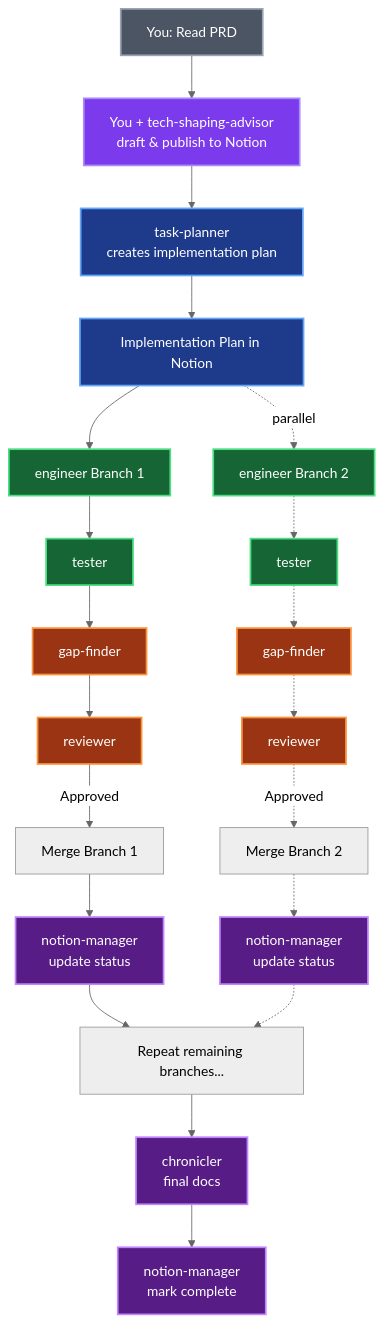
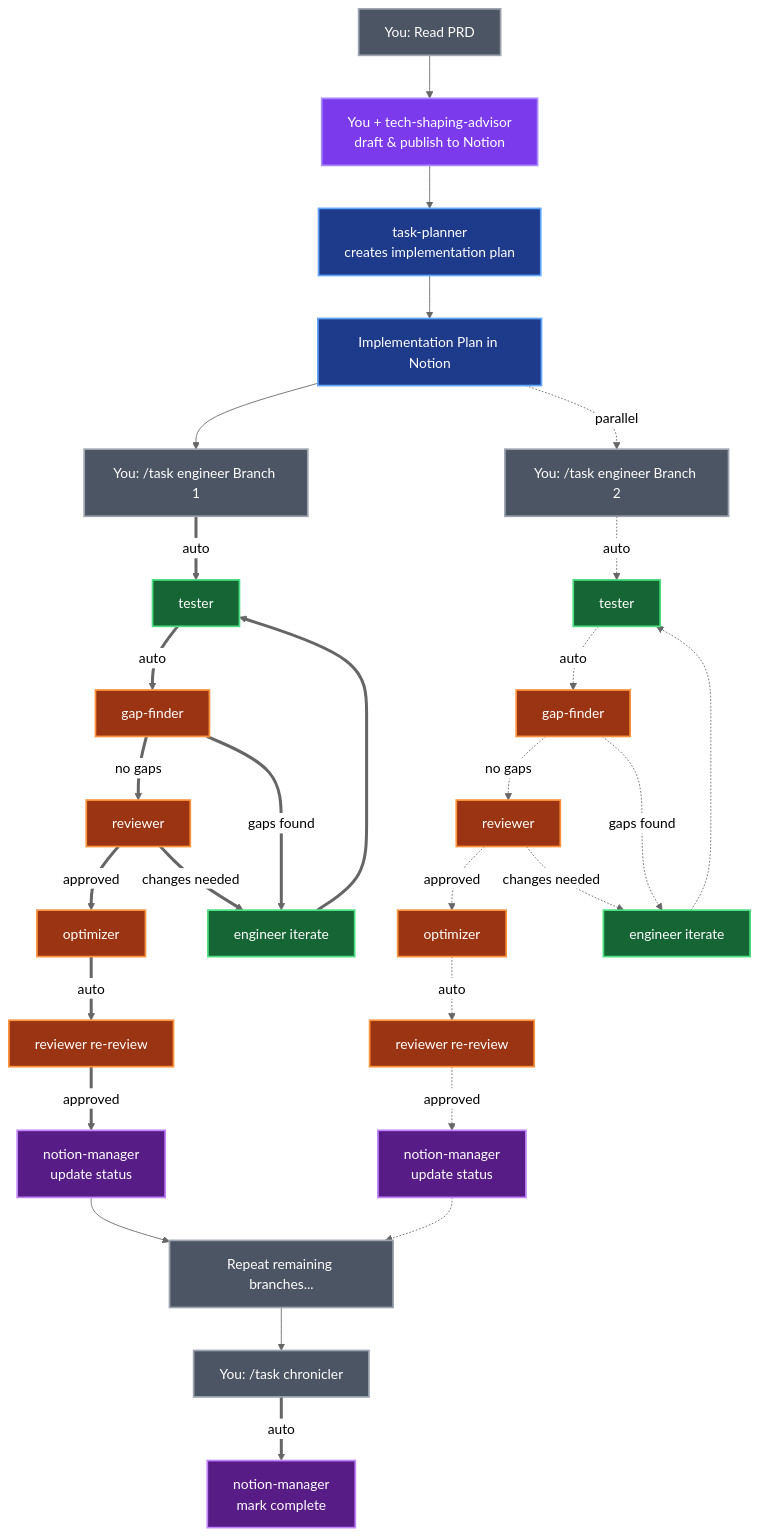
The diagram in README.md (andymai/claude-agent-team), drawn with Mermaid (neutral theme) before and after one commit. The commit also changed other lines of this file and 6 other files, not shown here.

````diff
--- a/README.md
+++ b/README.md
@@ -99,44 +99,56 @@
 ```mermaid
 graph TD
     A[You: Read PRD] --> B[You + tech-shaping-advisor<br/>draft & publish to Notion]
     B --> C[task-planner<br/>creates implementation plan]
     C --> D[Implementation Plan in Notion]
 
-    D --> E[engineer Branch 1]
-    D -.->|parallel| F[engineer Branch 2]
+    D --> E[You: /task engineer Branch 1]
+    D -.->|parallel| F[You: /task engineer Branch 2]
 
-    E --> G[tester]
-    F -.-> H[tester]
+    E ==>|auto| G[tester]
+    F -.->|auto| H[tester]
 
-    G --> I[gap-finder]
-    H -.-> J[gap-finder]
+    G ==>|auto| I[gap-finder]
+    H -.->|auto| J[gap-finder]
 
-    I --> K[reviewer]
-    J -.-> L[reviewer]
+    I ==>|no gaps| K[reviewer]
+    J -.->|no gaps| L[reviewer]
 
-    K -->|Approved| M[Merge Branch 1]
-    L -.->|Approved| N[Merge Branch 2]
+    I ==>|gaps found| M[engineer iterate]
+    J -.->|gaps found| N[engineer iterate]
 
-    M --> O[notion-manager<br/>update status]
-    N -.-> P[notion-manager<br/>update status]
+    M ==> G
+    N -.-> H
 
-    O --> Q[Repeat remaining branches...]
-    P -.-> Q
+    K ==>|approved| O[optimizer]
+    L -.->|approved| P[optimizer]
 
-    Q --> R[chronicler<br/>final docs]
-    R --> S[notion-manager<br/>mark complete]
+    K ==>|changes needed| M
+    L -.->|changes needed| N
+
+    O ==>|auto| Q[reviewer re-review]
+    P -.->|auto| R[reviewer re-review]
+
+    Q ==>|approved| S[notion-manager<br/>update status]
+    R -.->|approved| T[notion-manager<br/>update status]
+
+    S --> U[Repeat remaining branches...]
+    T -.-> U
+
+    U --> V[You: /task chronicler]
+    V ==>|auto| W[notion-manager<br/>mark complete]
 
     classDef human fill:#4b5563,stroke:#9ca3af,stroke-width:2px,color:#fff
     classDef collaborative fill:#7c3aed,stroke:#a78bfa,stroke-width:2px,color:#fff
     classDef planning fill:#1e3a8a,stroke:#60a5fa,stroke-width:2px,color:#fff
     classDef implementing fill:#166534,stroke:#4ade80,stroke-width:2px,color:#fff
     classDef reviewing fill:#9a3412,stroke:#fb923c,stroke-width:2px,color:#fff
     classDef documenting fill:#581c87,stroke:#c084fc,stroke-width:2px,color:#fff
 
-    class A human
+    class A,E,F,U,V human
     class B collaborative
     class C,D planning
-    class E,F,G,H implementing
-    class I,J,K,L reviewing
-    class O,P,R,S documenting
+    class G,H,M,N implementing
+    class I,J,K,L,O,P,Q,R reviewing
+    class S,T,W documenting
 ```
````
